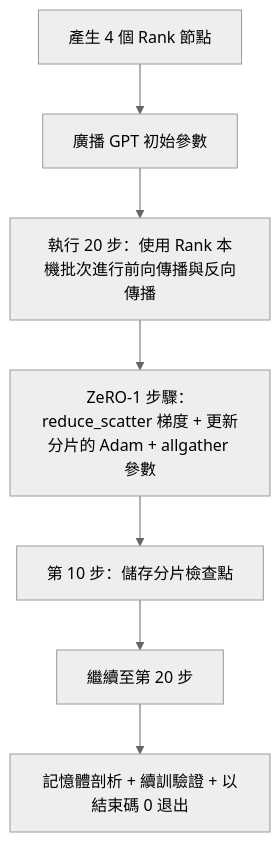
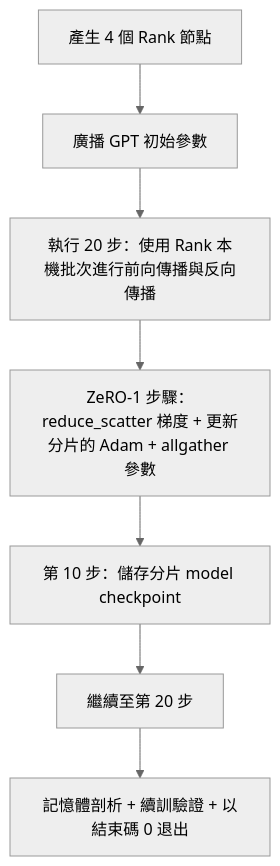
The diagram in i18n/zh-TW/phases/19-capstone-projects/81-end-to-end-distributed-train/docs/zh-TW.md (edward821220/ai-engineering-from-scratch), drawn with Mermaid (neutral theme) before and after one commit. The commit also changed other lines of this file and 143 other files, not shown here.

````diff
--- a/i18n/zh-TW/phases/19-capstone-projects/81-end-to-end-distributed-train/docs/zh-TW.md
+++ b/i18n/zh-TW/phases/19-capstone-projects/81-end-to-end-distributed-train/docs/zh-TW.md
@@ -25,9 +25,9 @@
 ```mermaid
 flowchart TB
   A[產生 4 個 Rank 節點] --> B[廣播 GPT 初始參數]
   B --> C[執行 20 步：使用 Rank 本機批次進行前向傳播與反向傳播]
   C --> D[ZeRO-1 步驟：reduce_scatter 梯度 + 更新分片的 Adam + allgather 參數]
-  D --> E[第 10 步：儲存分片檢查點]
+  D --> E[第 10 步：儲存分片 model checkpoint]
   E --> F[繼續至第 20 步]
   F --> G[記憶體剖析 + 續訓驗證 + 以結束碼 0 退出]
 ```
````
